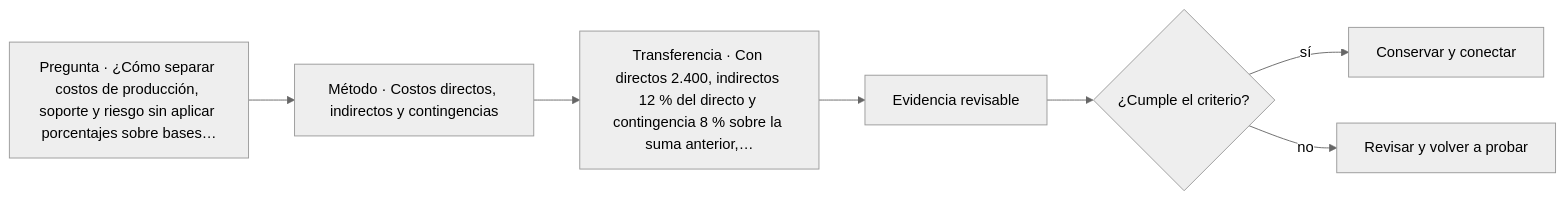
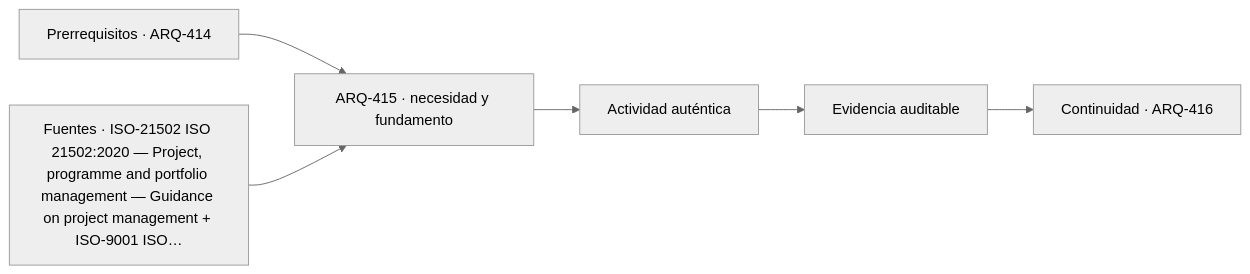
One commit to vladimiracunadev-create/architecture-built-environment-learning-program changed the diagram in classes/parte-42/ARQ-415.md. Above: the diagram before and after it, drawn with Mermaid (neutral theme). The commit also changed other lines of this file and 761 other files, not shown here.

````diff
--- a/classes/parte-42/ARQ-415.md
+++ b/classes/parte-42/ARQ-415.md
@@ -75,9 +87,8 @@
 ```mermaid
 flowchart LR
-    Q["Pregunta · ¿Cómo separar costos de producción, soporte y riesgo sin aplicar porcentajes sobre bases…"] --> M["Método · Costos directos, indirectos y contingencias"]
-    M --> P["Transferencia · Con directos 2.400, indirectos 12 % del directo y contingencia 8 % sobre la suma anterior,…"]
-    P --> E["Evidencia revisable"]
-    E --> C{"¿Cumple el criterio?"}
-    C -->|sí| T["Conservar y conectar"]
-    C -->|no| R["Revisar y volver a probar"]
+    A["Prerrequisitos · ARQ-414"] --> B["ARQ-415 · necesidad y fundamento"]
+    S["Fuentes · ISO-21502 ISO 21502:2020 — Project, programme and portfolio management — Guidance on project management + ISO-9001 ISO…"] --> B
+    B --> C["Actividad auténtica"]
+    C --> D["Evidencia auditable"]
+    D --> E["Continuidad · ARQ-416"]
 ```
````
